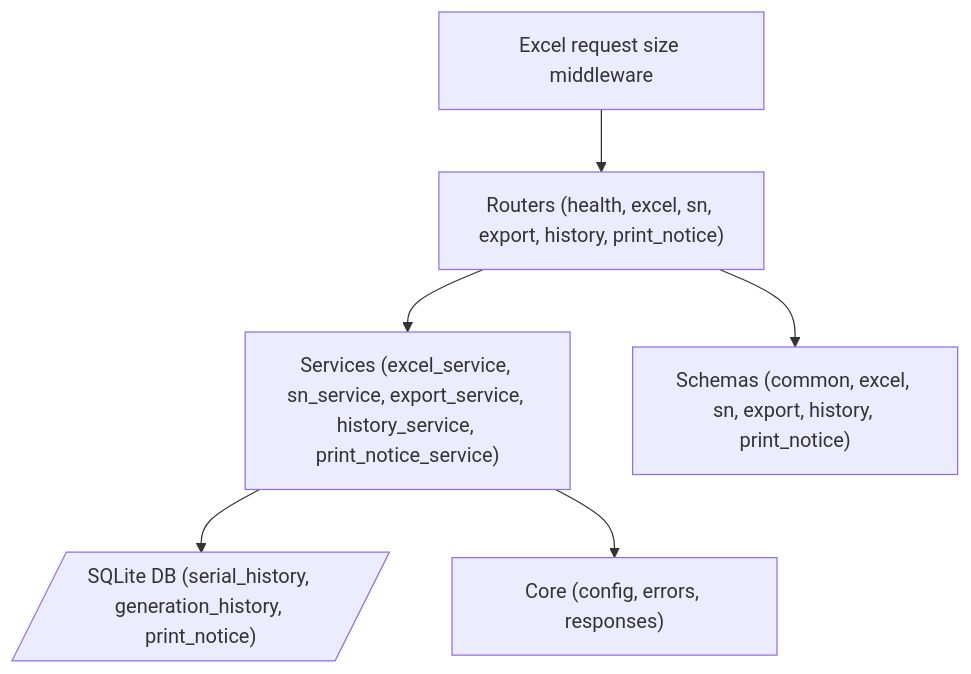
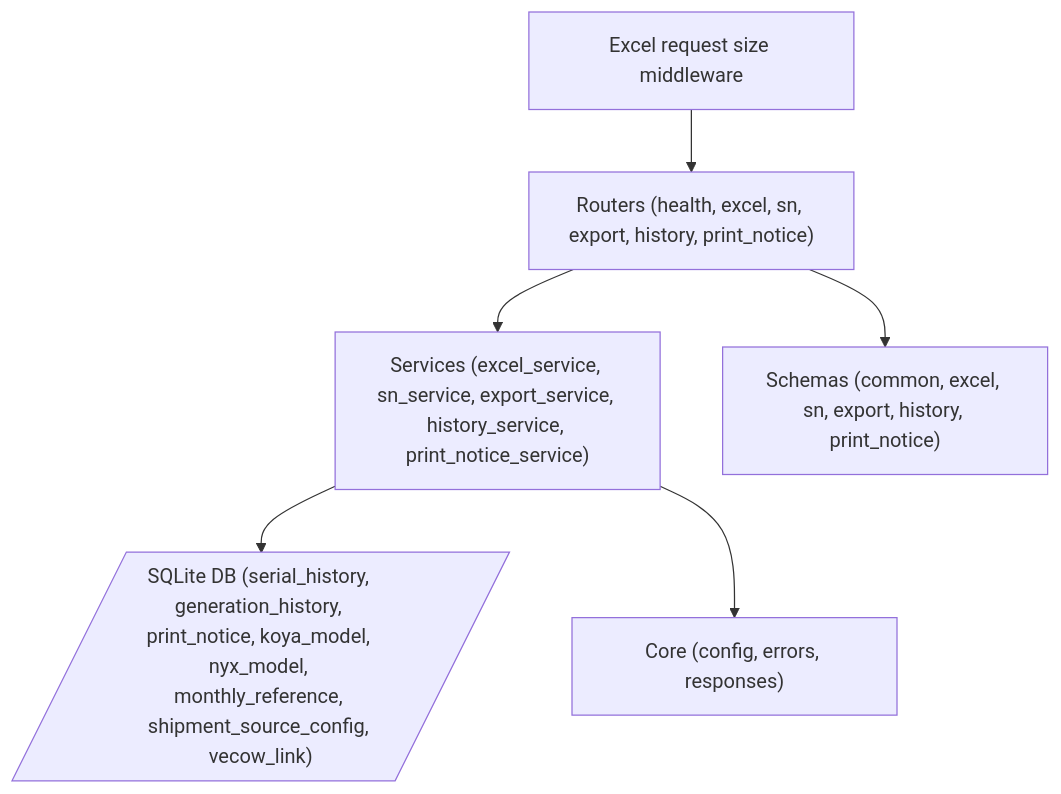
One commit to jongkrystal808/serializing changed the diagram in doc/back-end map.md. Above: the diagram before and after it, drawn with Mermaid. The commit also changed other lines of this file and 196 other files, not shown here.

````diff
--- a/doc/back-end map.md
+++ b/doc/back-end map.md
@@ -10,8 +14,8 @@
 ```mermaid
 graph TD
     UploadLimit["Excel request size middleware"] --> Routers
     Routers["Routers (health, excel, sn, export, history, print_notice)"] --> Services["Services (excel_service, sn_service, export_service, history_service, print_notice_service)"]
-    Services --> DB[/"SQLite DB (serial_history, generation_history, print_notice)"/]
+    Services --> DB[/"SQLite DB (serial_history, generation_history, print_notice, koya_model, nyx_model, monthly_reference, shipment_source_config, vecow_link)"/]
     Routers --> Schemas["Schemas (common, excel, sn, export, history, print_notice)"]
     Services --> Core["Core (config, errors, responses)"]
 ```
````
